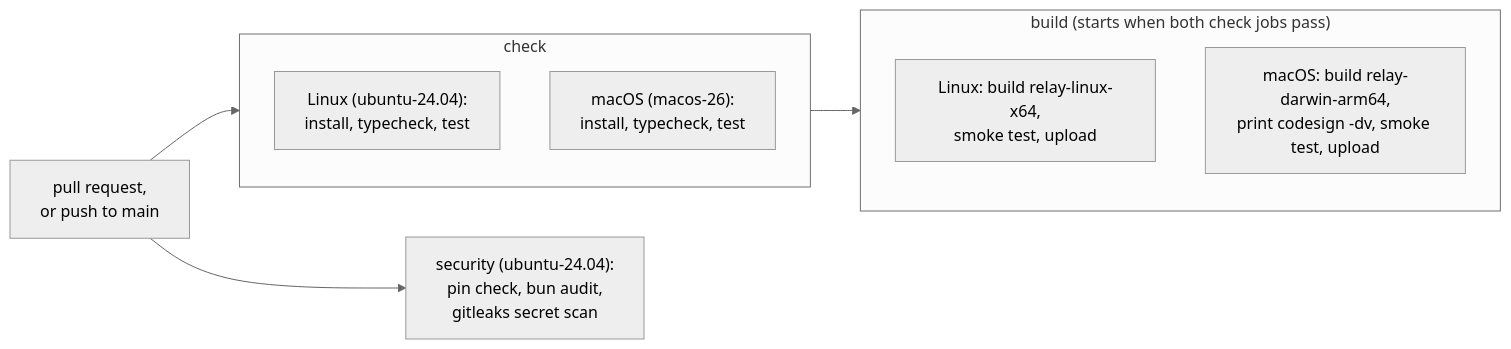
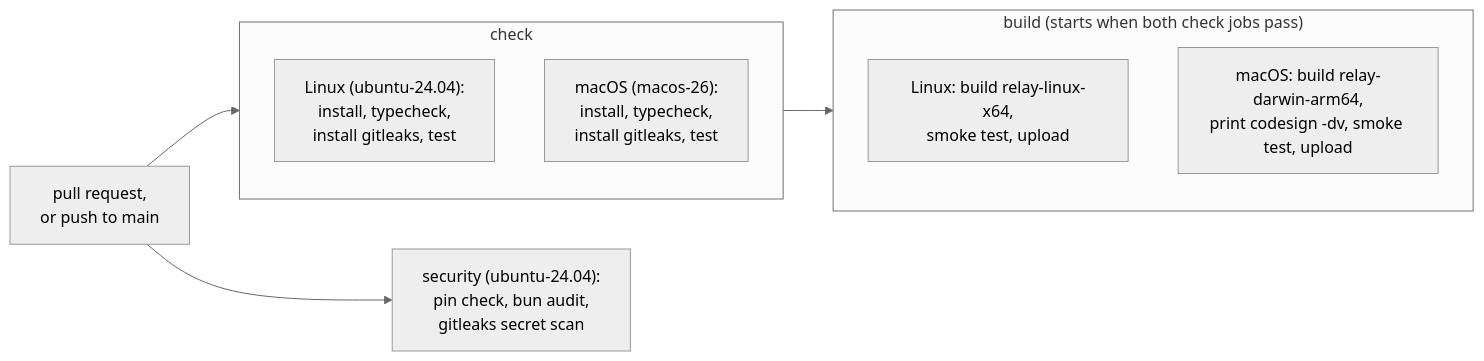
The diagram in docs/development.md (FrejusGdm/relay), drawn with Mermaid (neutral theme) before and after one commit. The commit also changed other lines of this file and 1 other file, not shown here.

First line of the commit message:
ci: install gitleaks 8.30.1 in the check jobs before the tests

````diff
--- a/docs/development.md
+++ b/docs/development.md
@@ -101,20 +101,20 @@
 ```mermaid
 flowchart LR
   event["pull request,<br/>or push to main"]
 
   subgraph check["check"]
-    checkLinux["Linux (ubuntu-24.04):<br/>install, typecheck, test"]
-    checkMac["macOS (macos-26):<br/>install, typecheck, test"]
+    checkLinux["Linux (ubuntu-24.04):<br/>install, typecheck,<br/>install gitleaks, test"]
+    checkMac["macOS (macos-26):<br/>install, typecheck,<br/>install gitleaks, test"]
   end
 
   subgraph build["build (starts when both check jobs pass)"]
     buildLinux["Linux: build relay-linux-x64,<br/>smoke test, upload"]
     buildMac["macOS: build relay-darwin-arm64,<br/>print codesign -dv, smoke test, upload"]
   end
 
   security["security (ubuntu-24.04):<br/>pin check, bun audit,<br/>gitleaks secret scan"]
 
   event --> check
   check --> build
   event --> security
 ```
````
